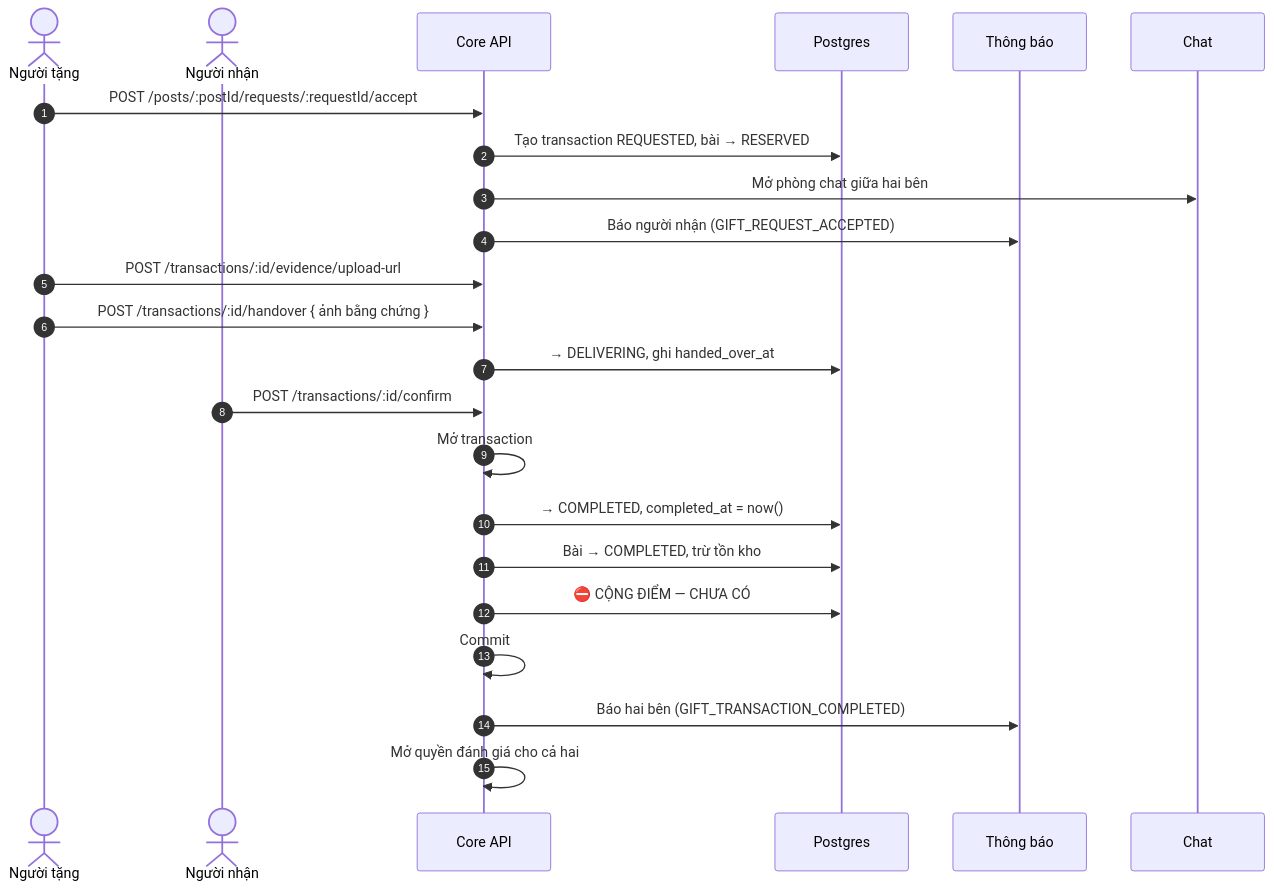
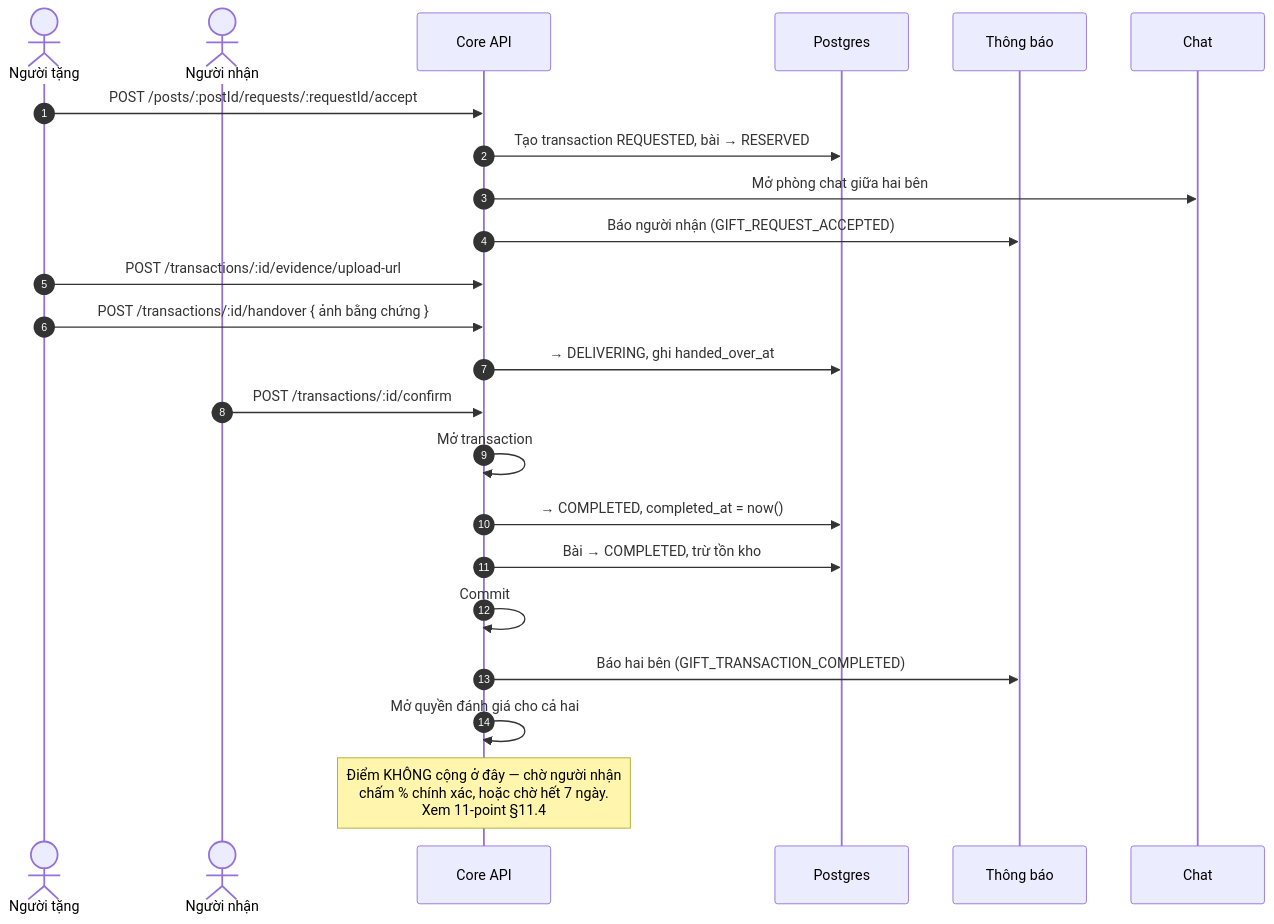
The second of 6 diagrams in docs/diagram/08-transaction.md (fdshn/trueheart), drawn with Mermaid before and after one commit. The commit also changed other lines of this file and 24 other files, not shown here.

First line of the commit message:
feat(point): cộng điểm khi lượt trao hoàn tất, hai đường một khoá (F40)

````diff
--- a/docs/diagram/08-transaction.md
+++ b/docs/diagram/08-transaction.md
@@ -44,28 +44,28 @@
 ```mermaid
 sequenceDiagram
     autonumber
     actor G as Người tặng
     actor R as Người nhận
     participant API as Core API
     participant DB as Postgres
     participant N as Thông báo
     participant C as Chat
 
     G->>API: POST /posts/:postId/requests/:requestId/accept
     API->>DB: Tạo transaction REQUESTED, bài → RESERVED
     API->>C: Mở phòng chat giữa hai bên
     API->>N: Báo người nhận (GIFT_REQUEST_ACCEPTED)
 
     G->>API: POST /transactions/:id/evidence/upload-url
     G->>API: POST /transactions/:id/handover { ảnh bằng chứng }
     API->>DB: → DELIVERING, ghi handed_over_at
 
     R->>API: POST /transactions/:id/confirm
     API->>API: Mở transaction
     API->>DB: → COMPLETED, completed_at = now()
     API->>DB: Bài → COMPLETED, trừ tồn kho
-    API->>DB: ⛔ CỘNG ĐIỂM — CHƯA CÓ
     API->>API: Commit
     API->>N: Báo hai bên (GIFT_TRANSACTION_COMPLETED)
     API->>API: Mở quyền đánh giá cho cả hai
+    Note over API: Điểm KHÔNG cộng ở đây — chờ người nhận<br/>chấm % chính xác, hoặc chờ hết 7 ngày.<br/>Xem 11-point §11.4
 ```
````
